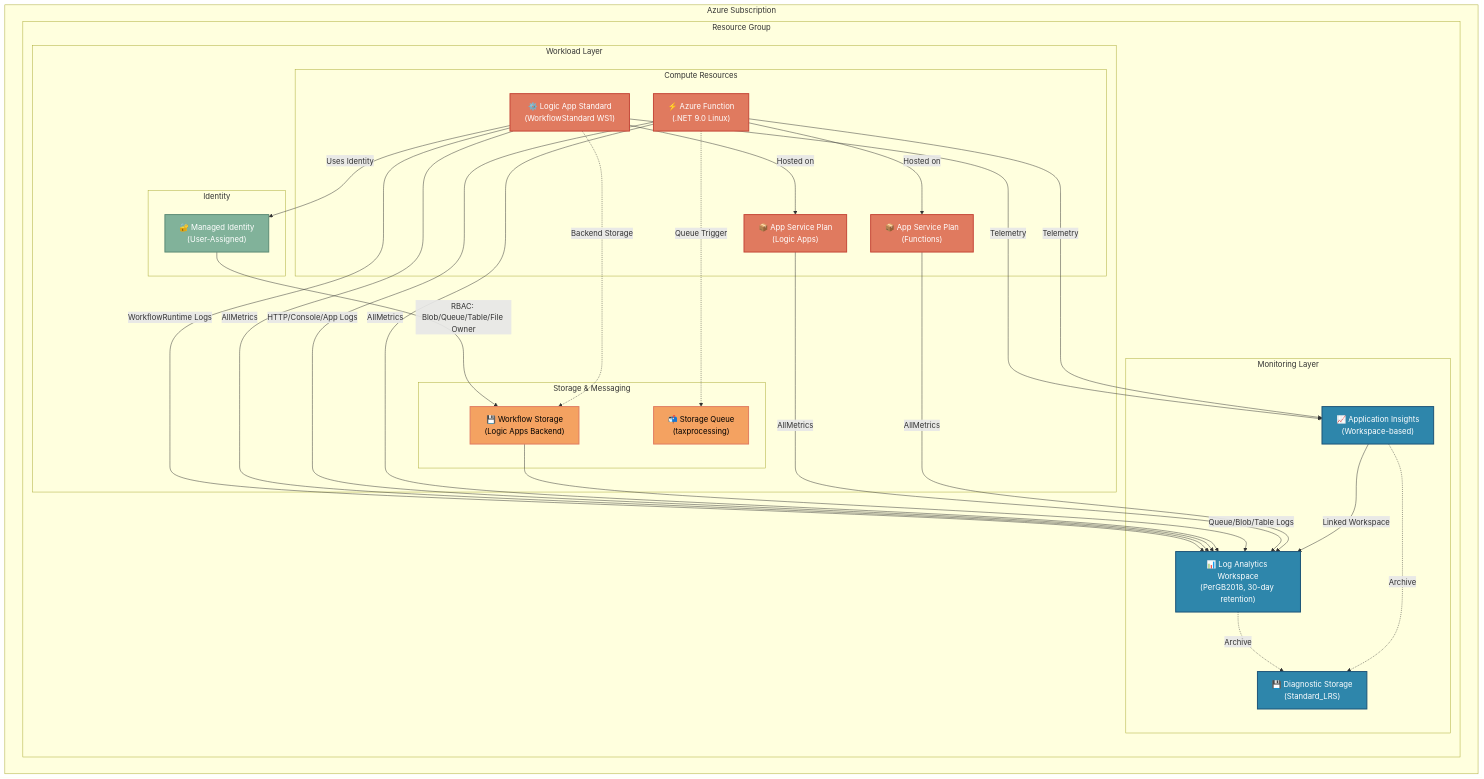
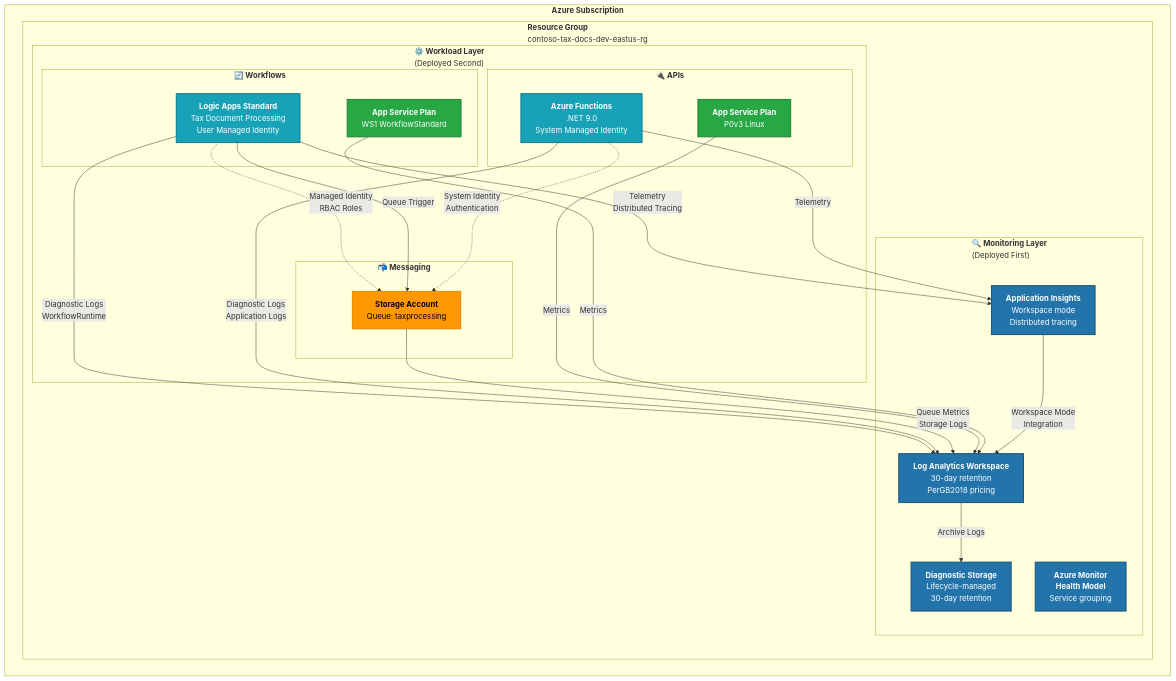
One commit to Evilazaro/Azure-LogicApps-Monitoring changed the first of 2 diagrams in README.md. Above: the diagram before and after it, drawn with Mermaid. The commit also changed other lines of this file, not shown here.

Commit message:
Implement feature X to enhance user experience and optimize performance

````diff
--- a/README.md
+++ b/README.md
@@ -96,69 +134,57 @@
 ```mermaid
 graph TB
-    subgraph "Azure Subscription"
-        subgraph "Resource Group"
-            subgraph "Monitoring Layer"
-                LAW["📊 Log Analytics Workspace<br/>(PerGB2018, 30-day retention)"]
-                AI["📈 Application Insights<br/>(Workspace-based)"]
-                DIAG_STORAGE["💾 Diagnostic Storage<br/>(Standard_LRS)"]
+    subgraph Azure["<b>Azure Subscription</b>"]
+        subgraph RG["<b>Resource Group</b><br/>contoso-tax-docs-dev-eastus-rg"]
+            
+            subgraph Monitoring["<b>🔍 Monitoring Layer</b><br/>(Deployed First)"]
+                LAW["<b>Log Analytics Workspace</b><br/>30-day retention<br/>PerGB2018 pricing"]
+                AppInsights["<b>Application Insights</b><br/>Workspace mode<br/>Distributed tracing"]
+                DiagStorage["<b>Diagnostic Storage</b><br/>Lifecycle-managed<br/>30-day retention"]
+                HealthModel["<b>Azure Monitor<br/>Health Model</b><br/>Service grouping"]
             end
             
-            subgraph "Workload Layer"
-                subgraph "Compute Resources"
-                    LA["⚙️ Logic App Standard<br/>(WorkflowStandard WS1)"]
-                    FUNC["⚡ Azure Function<br/>(.NET 9.0 Linux)"]
-                    ASP_LA["📦 App Service Plan<br/>(Logic Apps)"]
-                    ASP_FUNC["📦 App Service Plan<br/>(Functions)"]
+            subgraph Workload["<b>⚙️ Workload Layer</b><br/>(Deployed Second)"]
+                subgraph Messaging["<b>📬 Messaging</b>"]
+                    Storage["<b>Storage Account</b><br/>Queue: taxprocessing"]
                 end
                 
-                subgraph "Storage & Messaging"
-                    WF_STORAGE["💾 Workflow Storage<br/>(Logic Apps Backend)"]
-                    QUEUE["📬 Storage Queue<br/>(taxprocessing)"]
+                subgraph APIs["<b>🔌 APIs</b>"]
+                    Function["<b>Azure Functions</b><br/>.NET 9.0<br/>System Managed Identity"]
+                    ASP_API["<b>App Service Plan</b><br/>P0v3 Linux"]
                 end
                 
-                subgraph "Identity"
-                    MI["🔐 Managed Identity<br/>(User-Assigned)"]
+                subgraph Workflows["<b>🔄 Workflows</b>"]
+                    LogicApp["<b>Logic Apps Standard</b><br/>Tax Document Processing<br/>User Managed Identity"]
+                    ASP_LA["<b>App Service Plan</b><br/>WS1 WorkflowStandard"]
                 end
             end
         end
     end
     
-    %% Diagnostic Settings Flow (Red)
-    LA -->|"WorkflowRuntime Logs"| LAW
-    LA -->|"AllMetrics"| LAW
-    FUNC -->|"HTTP/Console/App Logs"| LAW
-    FUNC -->|"AllMetrics"| LAW
-    WF_STORAGE -->|"Queue/Blob/Table Logs"| LAW
-    ASP_LA -->|"AllMetrics"| LAW
-    ASP_FUNC -->|"AllMetrics"| LAW
+    %% Data flow arrows
+    LogicApp -->|"Diagnostic Logs<br/>WorkflowRuntime"| LAW
+    LogicApp -->|"Telemetry<br/>Distributed Tracing"| AppInsights
+    Function -->|"Diagnostic Logs<br/>Application Logs"| LAW
+    Function -->|"Telemetry"| AppInsights
+    Storage -->|"Queue Metrics<br/>Storage Logs"| LAW
+    ASP_API -->|"Metrics"| LAW
+    ASP_LA -->|"Metrics"| LAW
     
-    %% Storage for Long-term Retention (Orange)
-    LAW -.->|"Archive"| DIAG_STORAGE
-    AI -.->|"Archive"| DIAG_STORAGE
+    AppInsights -->|"Workspace Mode<br/>Integration"| LAW
+    LAW -->|"Archive Logs"| DiagStorage
     
-    %% Application Insights Telemetry (Green)
-    LA -->|"Telemetry"| AI
-    FUNC -->|"Telemetry"| AI
-    AI -->|"Linked Workspace"| LAW
+    LogicApp -.->|"Managed Identity<br/>RBAC Roles"| Storage
+    LogicApp -->|"Queue Trigger"| Storage
+    Function -.->|"System Identity<br/>Authentication"| Storage
     
-    %% Managed Identity Access (Blue)
-    MI -->|"RBAC: Blob/Queue/Table/File Owner"| WF_STORAGE
-    LA -->|"Uses Identity"| MI
+    %% Styling
+    classDef monitoring fill:#2374ab,stroke:#1a5276,stroke-width:2px,color:#ffffff
+    classDef workload fill:#28a745,stroke:#1e7e34,stroke-width:2px,color:#ffffff
+    classDef storage fill:#ff9800,stroke:#e68900,stroke-width:2px,color:#000000
+    classDef compute fill:#17a2b8,stroke:#117a8b,stroke-width:2px,color:#ffffff
     
-    %% Workload Dependencies (Gray)
-    LA -.->|"Backend Storage"| WF_STORAGE
-    FUNC -.->|"Queue Trigger"| QUEUE
-    LA -->|"Hosted on"| ASP_LA
-    FUNC -->|"Hosted on"| ASP_FUNC
-    
-    style LAW fill:#2E86AB,stroke:#1A5276,stroke-width:2px,color:#fff
-    style AI fill:#2E86AB,stroke:#1A5276,stroke-width:2px,color:#fff
-    style DIAG_STORAGE fill:#2E86AB,stroke:#1A5276,stroke-width:2px,color:#fff
-    style LA fill:#E07A5F,stroke:#C44536,stroke-width:2px,color:#fff
-    style FUNC fill:#E07A5F,stroke:#C44536,stroke-width:2px,color:#fff
-    style WF_STORAGE fill:#F4A261,stroke:#E07A5F,stroke-width:2px,color:#000
-    style QUEUE fill:#F4A261,stroke:#E07A5F,stroke-width:2px,color:#000
-    style MI fill:#81B29A,stroke:#5A8A74,stroke-width:2px,color:#fff
-    style ASP_LA fill:#E07A5F,stroke:#C44536,stroke-width:2px,color:#fff
-    style ASP_FUNC fill:#E07A5F,stroke:#C44536,stroke-width:2px,color:#fff
+    class LAW,AppInsights,DiagStorage,HealthModel monitoring
+    class Storage storage
+    class Function,LogicApp compute
+    class ASP_API,ASP_LA workload
 ```
````
